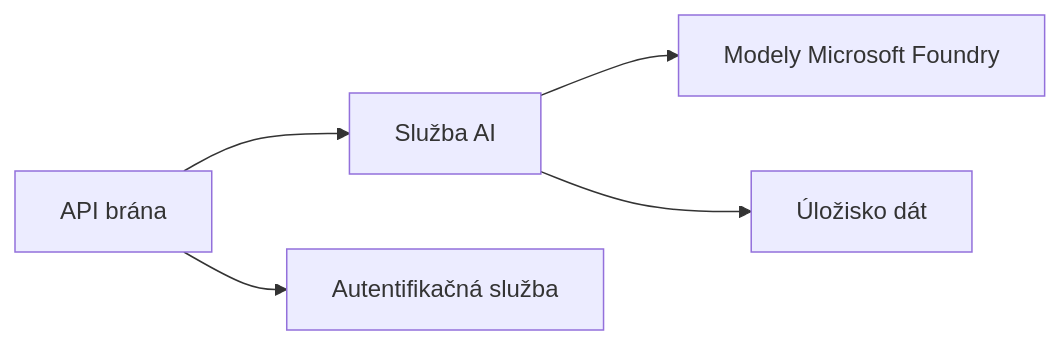
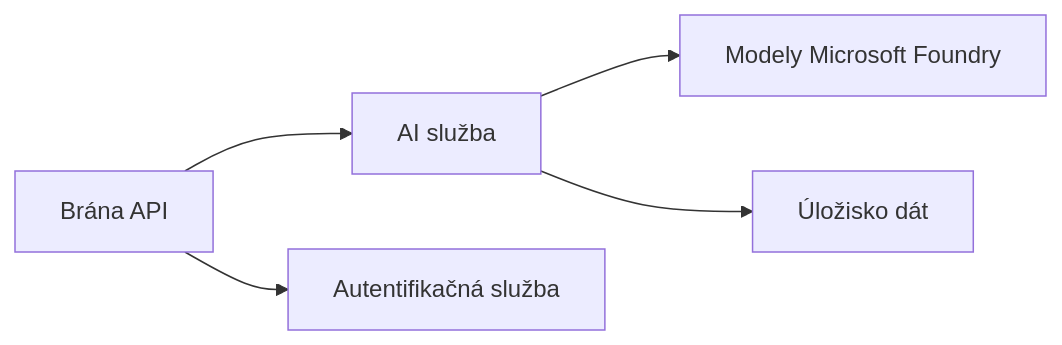
The first of 2 diagrams in translations/sk/docs/chapter-08-production/README.md (microsoft/AZD-for-beginners), drawn with Mermaid before and after one commit. The commit also changed other lines of this file and 59 other files, not shown here.

````diff
--- a/translations/sk/docs/chapter-08-production/README.md
+++ b/translations/sk/docs/chapter-08-production/README.md
@@ -48,6 +48,6 @@
 ```mermaid
 graph LR
-    Gateway[API brána] --> AI[Služba AI] --> Models[Modely Microsoft Foundry]
+    Gateway[Brána API] --> AI[AI služba] --> Models[Modely Microsoft Foundry]
     Gateway --> Auth[Autentifikačná služba]
     AI --> Data[Úložisko dát]
 ```
````
